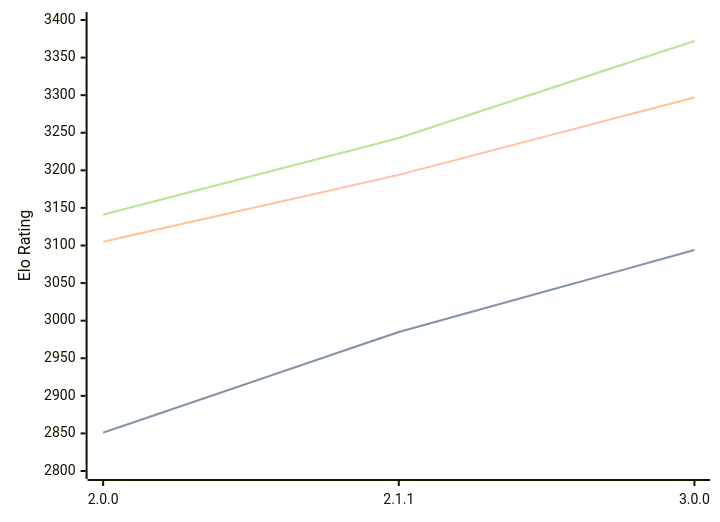
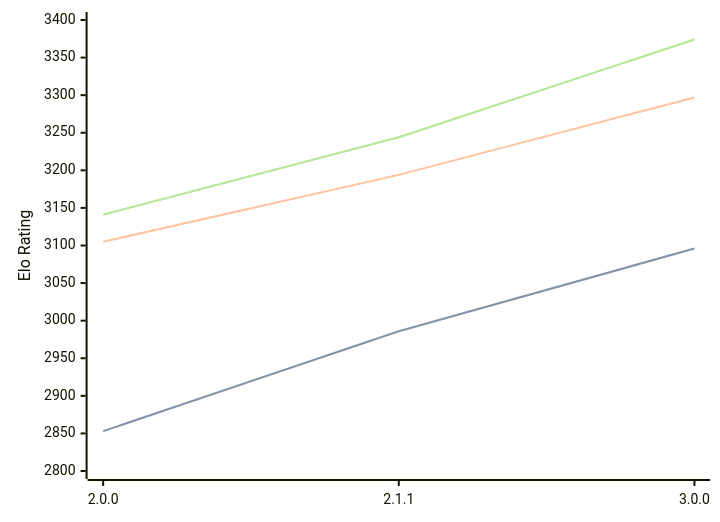
One commit to computer-chess-index/cci changed the first of 3 diagrams in engines/Bread.md. Above: the diagram before and after it, drawn with Mermaid. The commit also changed other lines of this file, not shown here.

Commit message:
Update CCI Ratings (ELO VLTC) - 2026-07-08

````diff
--- a/engines/Bread.md
+++ b/engines/Bread.md
@@ -53,11 +53,11 @@
 ```mermaid
 %%{init: {"theme":"base","themeVariables":{"seriesColors:['#a3a3a3','#222221','#faa371']}}}%%
 xychart-beta
   x-axis ["2.0.0", "2.1.1", "3.0.0"]
   y-axis "Elo Rating" 2800 --> 3400
-  line "STC (8.0+0.08s)" [2851, 2985, 3094]
-  line "STC (8.0+0.08s)" [2851, 2985, 3094]
+  line "STC (8.0+0.08s)" [2853, 2986, 3096]
+  line "STC (8.0+0.08s)" [2853, 2986, 3096]
   line "LTC (60.0+0.60s)" [3105, 3194, 3297]
-  line "VLTC (2m24s+1.12s)" [3141, 3243, 3372]
-  line "VLTC (2m24s+1.12s)" [3141, 3243, 3372]
+  line "VLTC (2m24s+1.12s)" [3141, 3244, 3374]
+  line "VLTC (2m24s+1.12s)" [3141, 3244, 3374]
 ```
````
